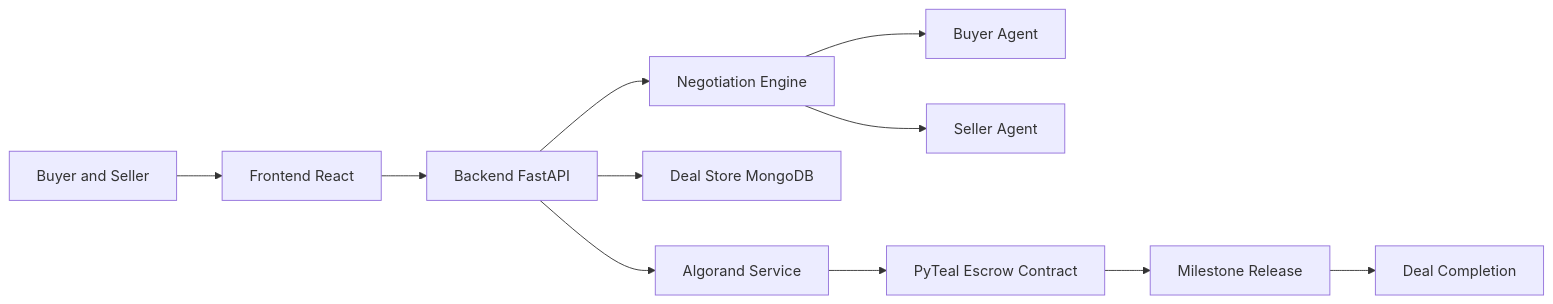
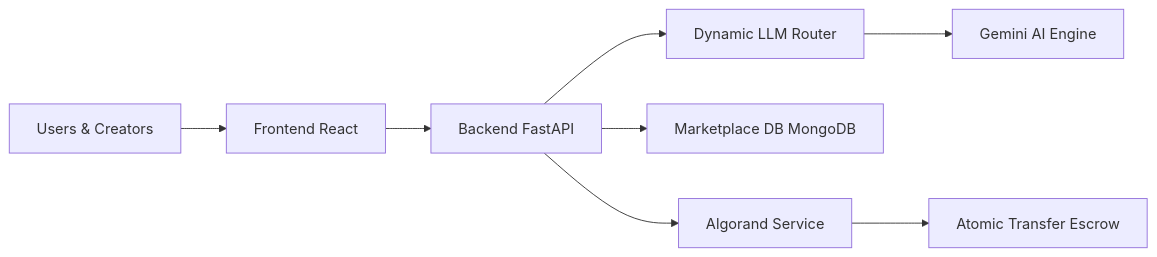
Before and after one commit to rohan911438/Agentic-Exchange: the diagram in README.md, drawn with Mermaid. The commit also changed other lines of this file and 9 other files, not shown here.

Commit message:
feat: refactor negotiation logic and enhance marketplace functionality

````diff
--- a/README.md
+++ b/README.md
@@ -62,13 +42,10 @@
 ```mermaid
 flowchart LR
-    U[Buyer and Seller] --> F[Frontend React]
+    U[Users & Creators] --> F[Frontend React]
     F --> B[Backend FastAPI]
-    B --> N[Negotiation Engine]
-    N --> BA[Buyer Agent]
-    N --> SA[Seller Agent]
-    B --> DS[Deal Store MongoDB]
+    B --> N[Dynamic LLM Router]
+    N --> BA[Gemini AI Engine]
+    B --> DS[Marketplace DB MongoDB]
     B --> AS[Algorand Service]
-    AS --> SC[PyTeal Escrow Contract]
-    SC --> MR[Milestone Release]
-    MR --> DC[Deal Completion]
+    AS --> SC[Atomic Transfer Escrow]
 ```
````
